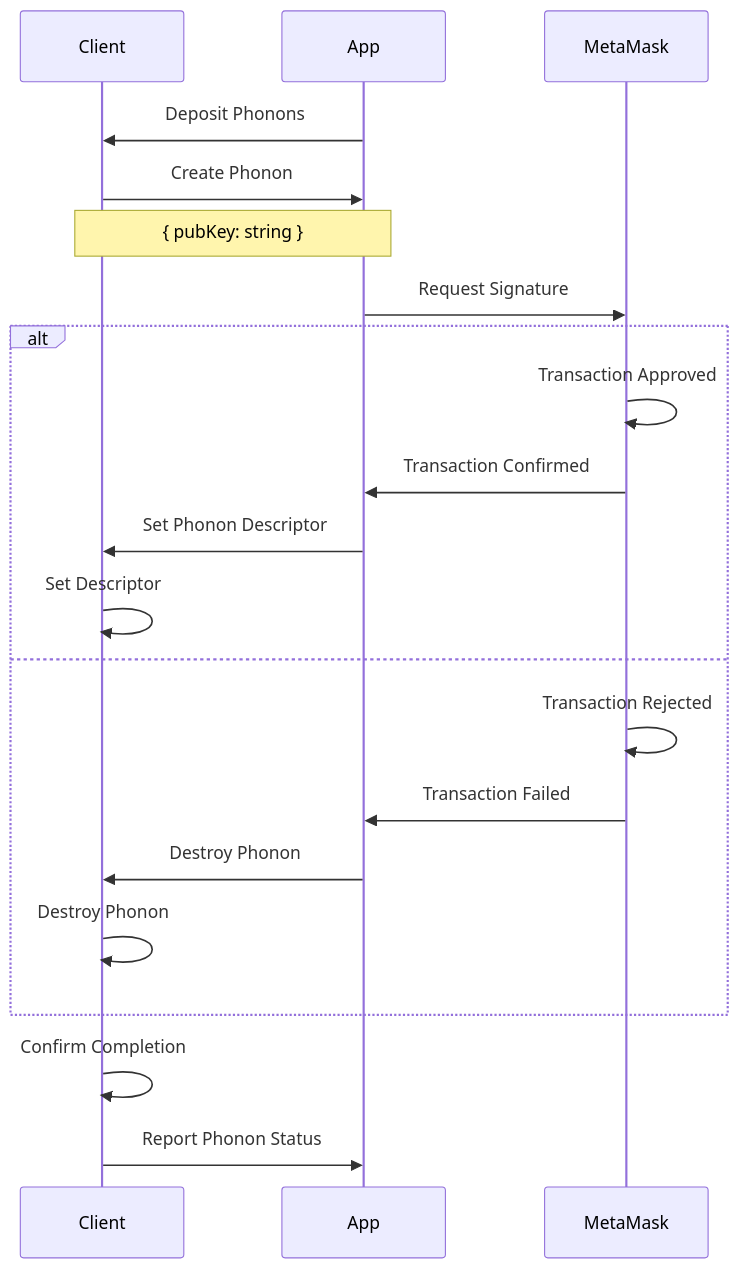
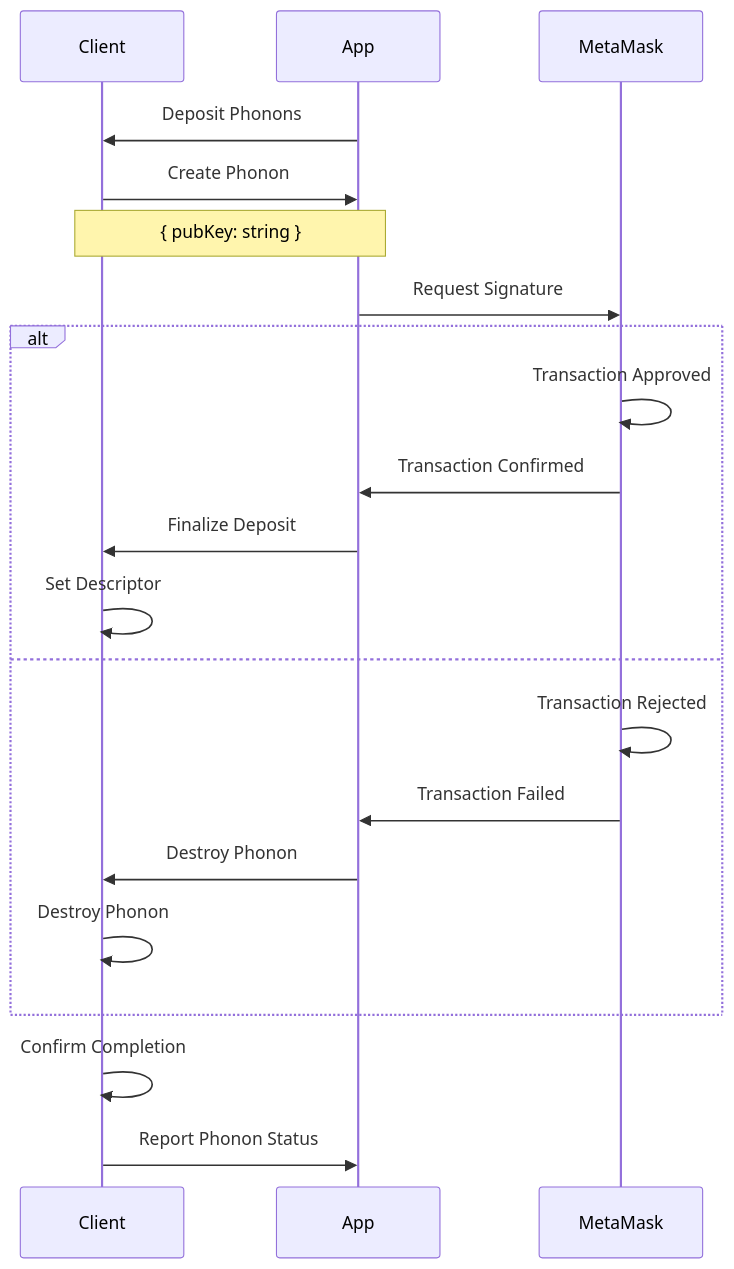
One commit to brucewayne0011/phonon-app changed the diagram in README.md. Above: the diagram before and after it, drawn with Mermaid. The commit also changed 16 other files, not shown here.

````diff
--- a/README.md
+++ b/README.md
@@ -84,23 +84,23 @@
 ```mermaid
 sequenceDiagram
     participant Client
 
     App->>Client: Deposit Phonons
     Client->>App: Create Phonon
     Note over Client,App: { pubKey: string }
     App->>MetaMask: Request Signature
 
     alt
       MetaMask->>MetaMask: Transaction Approved
       MetaMask->>App: Transaction Confirmed
-      App->>Client: Set Phonon Descriptor
+      App->>Client: Finalize Deposit
       Client->>Client: Set Descriptor
     else
       MetaMask->>MetaMask: Transaction Rejected
       MetaMask->>App: Transaction Failed
       App->>Client: Destroy Phonon
       Client->>Client: Destroy Phonon
     end
       Client->>Client: Confirm Completion 
       Client->>App: Report Phonon Status
 ```
````
